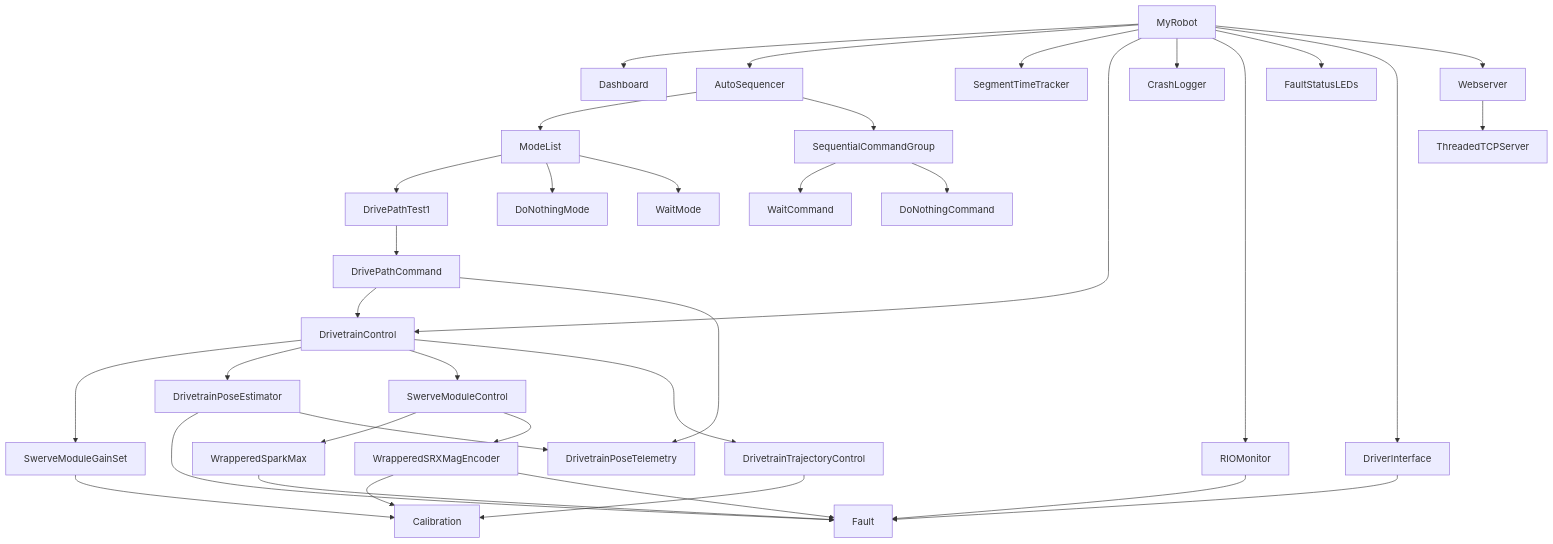
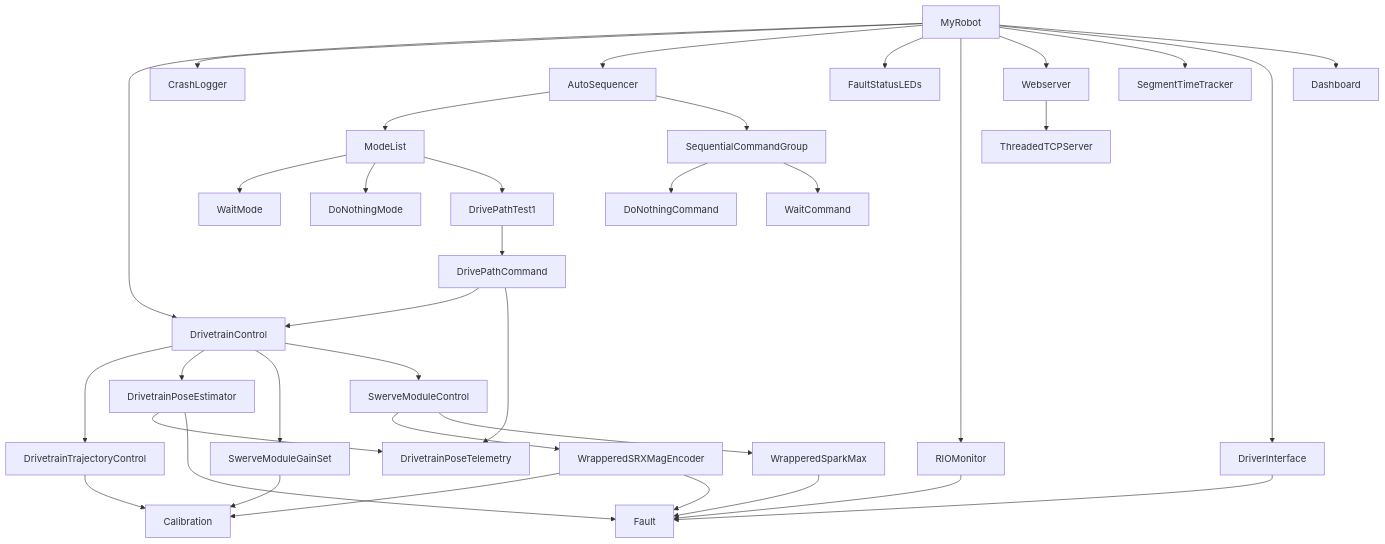
The diagram in docs/graph.md (RobotCasserole1736/firstRoboPy), drawn with Mermaid before and after one commit. The commit also changed other lines of this file and 9 other files, not shown here.

````diff
--- a/docs/graph.md
+++ b/docs/graph.md
@@ -3,38 +3,38 @@
 ```mermaid
 flowchart TD
+    DrivetrainControl-->DrivetrainTrajectoryControl
+    SequentialCommandGroup-->DoNothingCommand
+    ModeList-->WaitMode
+    DrivetrainPoseEstimator-->DrivetrainPoseTelemetry
+    WrapperedSparkMax-->Fault
+    MyRobot-->DrivetrainControl
+    MyRobot-->CrashLogger
+    DrivetrainPoseEstimator-->Fault
+    MyRobot-->AutoSequencer
+    DrivetrainControl-->DrivetrainPoseEstimator
+    RIOMonitor-->Fault
+    MyRobot-->FaultStatusLEDs
+    DrivePathCommand-->DrivetrainControl
+    SwerveModuleControl-->WrapperedSRXMagEncoder
     DrivePathTest1-->DrivePathCommand
+    MyRobot-->RIOMonitor
+    ModeList-->DoNothingMode
+    WrapperedSRXMagEncoder-->Calibration
+    MyRobot-->Webserver
+    DriverInterface-->Fault
+    Webserver-->ThreadedTCPServer
+    MyRobot-->SegmentTimeTracker
+    DrivetrainControl-->SwerveModuleGainSet
     SwerveModuleControl-->WrapperedSparkMax
-    RIOMonitor-->Fault
-    WrapperedSRXMagEncoder-->Calibration
-    WrapperedSRXMagEncoder-->Fault
     DrivetrainTrajectoryControl-->Calibration
-    DrivetrainControl-->SwerveModuleGainSet
+    MyRobot-->DriverInterface
     AutoSequencer-->ModeList
     ModeList-->DrivePathTest1
+    DrivetrainControl-->SwerveModuleControl
+    AutoSequencer-->SequentialCommandGroup
+    DrivePathCommand-->DrivetrainPoseTelemetry
+    SwerveModuleGainSet-->Calibration
     SequentialCommandGroup-->WaitCommand
-    DrivetrainControl-->DrivetrainPoseEstimator
-    ModeList-->DoNothingMode
     MyRobot-->Dashboard
-    AutoSequencer-->SequentialCommandGroup
-    MyRobot-->AutoSequencer
-    DrivetrainPoseEstimator-->Fault
-    SwerveModuleControl-->WrapperedSRXMagEncoder
-    Webserver-->ThreadedTCPServer
-    WrapperedSparkMax-->Fault
-    DrivetrainControl-->SwerveModuleControl
-    MyRobot-->SegmentTimeTracker
-    DrivePathCommand-->DrivetrainControl
-    MyRobot-->DrivetrainControl
-    DriverInterface-->Fault
-    ModeList-->WaitMode
-    DrivePathCommand-->DrivetrainPoseTelemetry
-    MyRobot-->CrashLogger
-    SwerveModuleGainSet-->Calibration
-    DrivetrainPoseEstimator-->DrivetrainPoseTelemetry
-    MyRobot-->RIOMonitor
-    SequentialCommandGroup-->DoNothingCommand
-    MyRobot-->FaultStatusLEDs
-    MyRobot-->DriverInterface
-    DrivetrainControl-->DrivetrainTrajectoryControl
-    MyRobot-->Webserver
+    WrapperedSRXMagEncoder-->Fault
 ```
````
